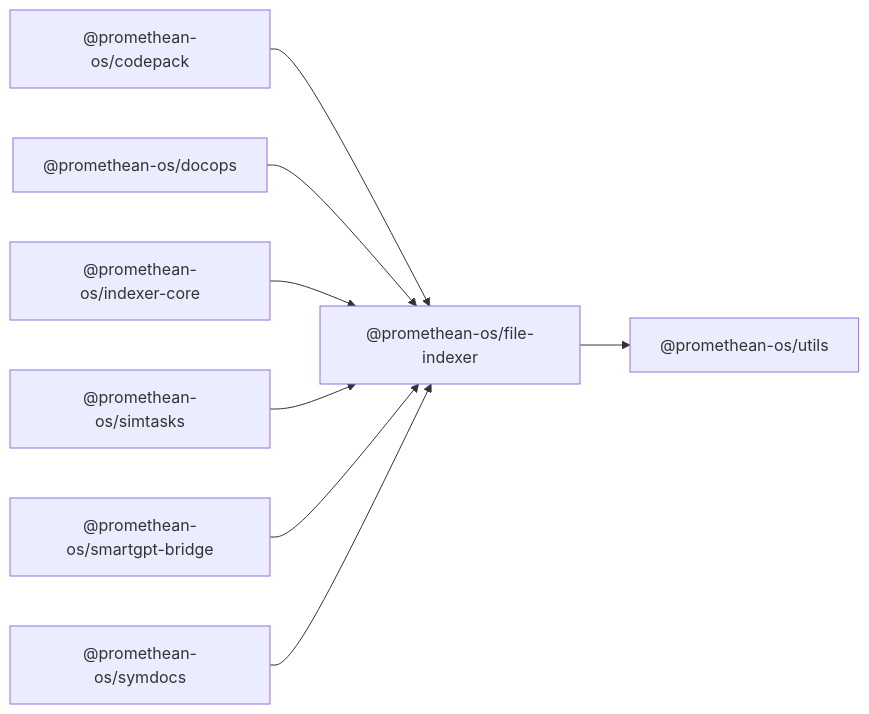
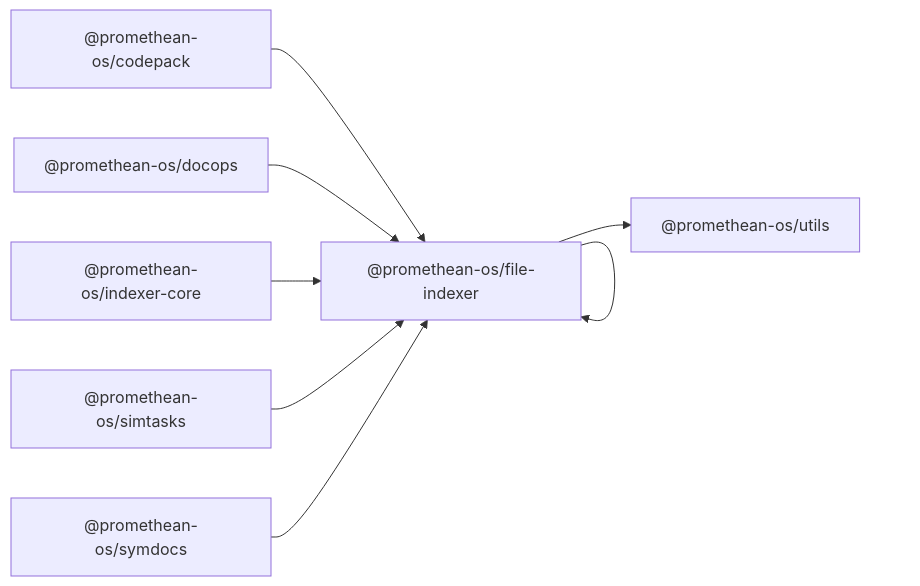
One commit to octave-commons/promethean changed the diagram in docs.github/packages/file-indexer/README.md. Above: the diagram before and after it, drawn with Mermaid. The commit also changed other lines of this file and 8 other files, not shown here.

First line of the commit message:
docs: remove smartgpt-bridge references from package READMEs

````diff
--- a/docs.github/packages/file-indexer/README.md
+++ b/docs.github/packages/file-indexer/README.md
@@ -14,25 +14,25 @@
 ```mermaid
 graph LR
   A["@promethean-os/file-indexer"]
   D1["@promethean-os/utils"]
   R1["@promethean-os/codepack"]
   R2["@promethean-os/docops"]
   R3["@promethean-os/indexer-core"]
   R4["@promethean-os/simtasks"]
-  R5["@promethean-os/smartgpt-bridge"]
+  
   R6["@promethean-os/symdocs"]
   A --> D1["@promethean-os/utils"]
   R1["@promethean-os/codepack"] --> A
   R2["@promethean-os/docops"] --> A
   R3["@promethean-os/indexer-core"] --> A
   R4["@promethean-os/simtasks"] --> A
-  R5["@promethean-os/smartgpt-bridge"] --> A
+   --> A
   R6["@promethean-os/symdocs"] --> A
   click D1 "../utils/README.md" "@promethean-os/utils"
   click R1 "../codepack/README.md" "@promethean-os/codepack"
   click R2 "../docops/README.md" "@promethean-os/docops"
   click R3 "../indexer-core/README.md" "@promethean-os/indexer-core"
   click R4 "../simtask/README.md" "@promethean-os/simtasks"
-  click R5 "../smartgpt-bridge/README.md" "@promethean-os/smartgpt-bridge"
+  
   click R6 "../symdocs/README.md" "@promethean-os/symdocs"
 ```
````
